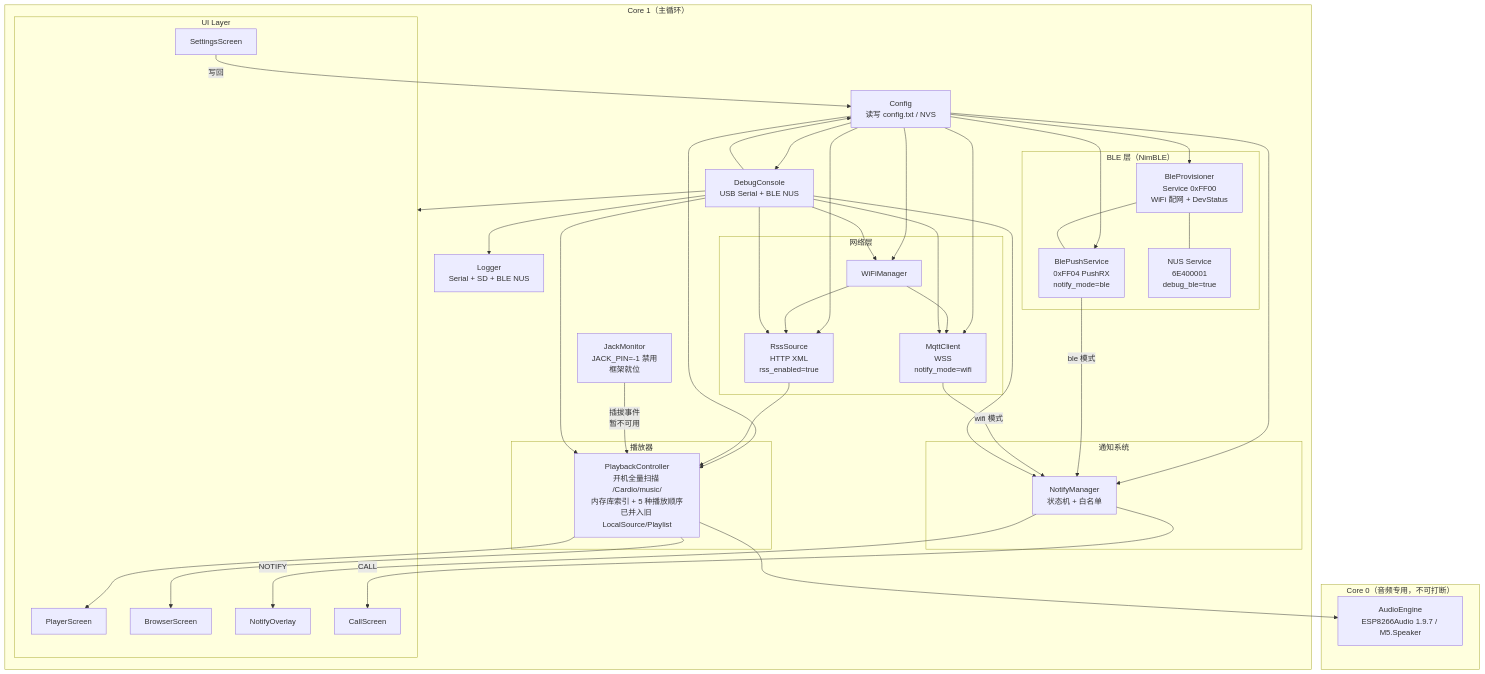
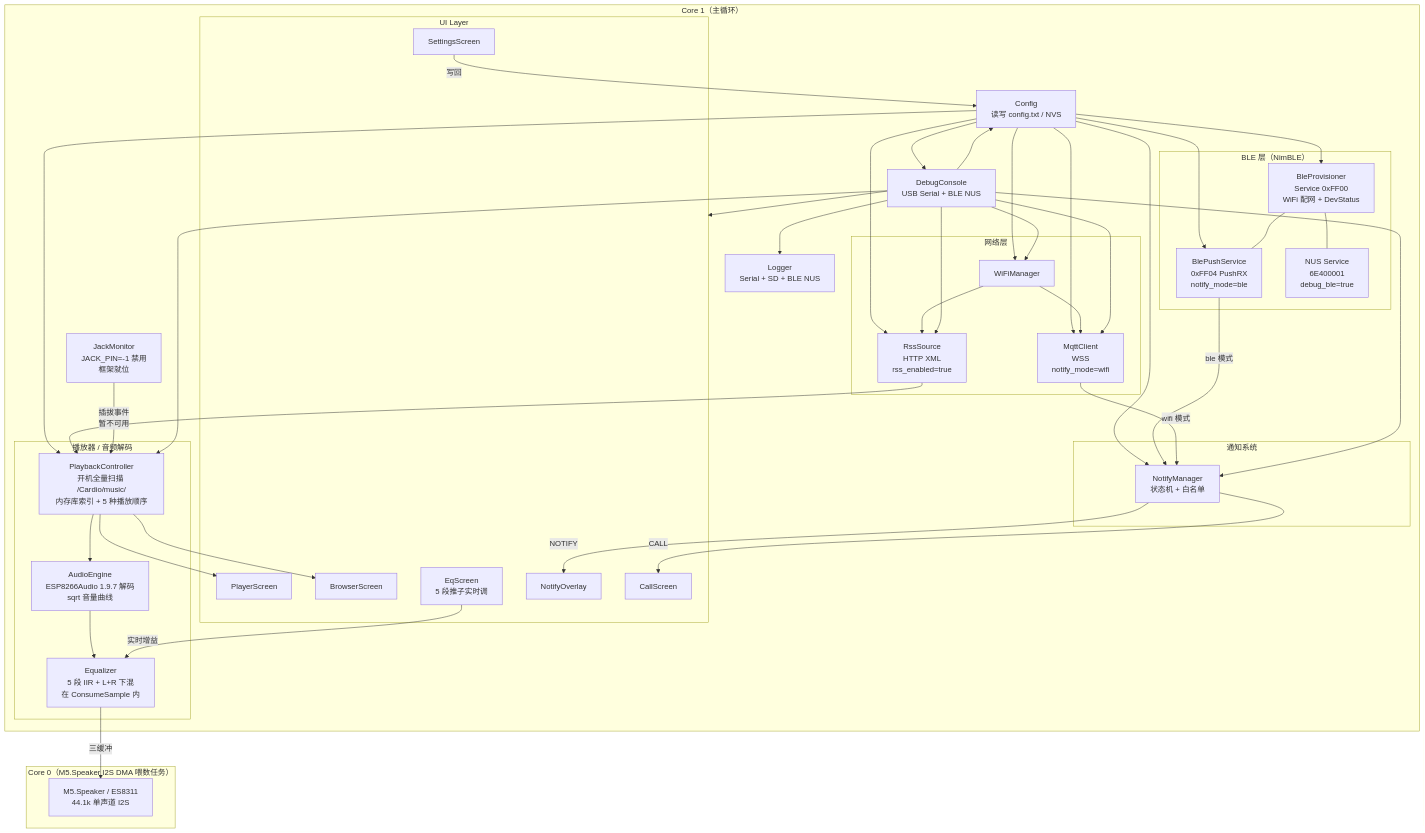
One commit to ZUENS2020/Cardio changed the second of 11 diagrams in Cardio/ARCHITECTURE.md. Above: the diagram before and after it, drawn with Mermaid. The commit also changed other lines of this file and 3 other files, not shown here.

````diff
--- a/Cardio/ARCHITECTURE.md
+++ b/Cardio/ARCHITECTURE.md
@@ -60,59 +60,65 @@
 ```mermaid
 graph TB
-    subgraph Core0["Core 0（音频专用，不可打断）"]
-        AE[AudioEngine\nESP8266Audio 1.9.7 / M5.Speaker]
+    subgraph Core0["Core 0（M5.Speaker I2S DMA 喂数任务）"]
+        SPK[M5.Speaker / ES8311\n44.1k 单声道 I2S]
     end
 
     subgraph Core1["Core 1（主循环）"]
         CFG[Config\n读写 config.txt / NVS]
         LOG[Logger\nSerial + SD + BLE NUS]
         DBG[DebugConsole\nUSB Serial + BLE NUS]
 
         subgraph BLE["BLE 层（NimBLE）"]
             BPR[BleProvisioner\nService 0xFF00\nWiFi 配网 + DevStatus]
             BPS[BlePushService\n0xFF04 PushRX\nnotify_mode=ble]
             NUS[NUS Service\n6E400001\ndebug_ble=true]
         end
 
         subgraph Net["网络层"]
             WIFI[WiFiManager]
             MC[MqttClient\nWSS\nnotify_mode=wifi]
             RS[RssSource\nHTTP XML\nrss_enabled=true]
         end
 
-        subgraph Player["播放器"]
-            PC[PlaybackController\n开机全量扫描 /Cardio/music/\n内存库索引 + 5 种播放顺序\n已并入旧 LocalSource/Playlist]
+        subgraph Player["播放器 / 音频解码"]
+            PC[PlaybackController\n开机全量扫描 /Cardio/music/\n内存库索引 + 5 种播放顺序]
+            AE[AudioEngine\nESP8266Audio 1.9.7 解码\nsqrt 音量曲线]
+            EQ[Equalizer\n5 段 IIR + L+R 下混\n在 ConsumeSample 内]
         end
 
         subgraph Notify["通知系统"]
             NM[NotifyManager\n状态机 + 白名单]
         end
 
         subgraph UI["UI Layer"]
             PS[PlayerScreen]
             BS[BrowserScreen]
+            ES[EqScreen\n5 段推子实时调]
             NO[NotifyOverlay]
             CS[CallScreen]
             SS[SettingsScreen]
         end
 
         JM[JackMonitor\nJACK_PIN=-1 禁用\n框架就位]
     end
 
     CFG --> WIFI & PC & NM & BPS & MC & RS & BPR & DBG
     WIFI --> MC & RS
     RS --> PC
     PC --> AE
+    AE --> EQ
+    EQ -->|三缓冲| SPK
+    ES -->|实时增益| EQ
     BPS -->|ble 模式| NM
     MC  -->|wifi 模式| NM
     BPR --- BPS
     BPR --- NUS
     NM  -->|NOTIFY| NO
     NM  -->|CALL| CS
     PC  --> PS
     PC  --> BS
     SS  -->|写回| CFG
     JM  -->|插拔事件\n暂不可用| PC
     DBG --> LOG
     DBG --> PC & WIFI & MC & NM & RS & CFG & UI
 ```
````
